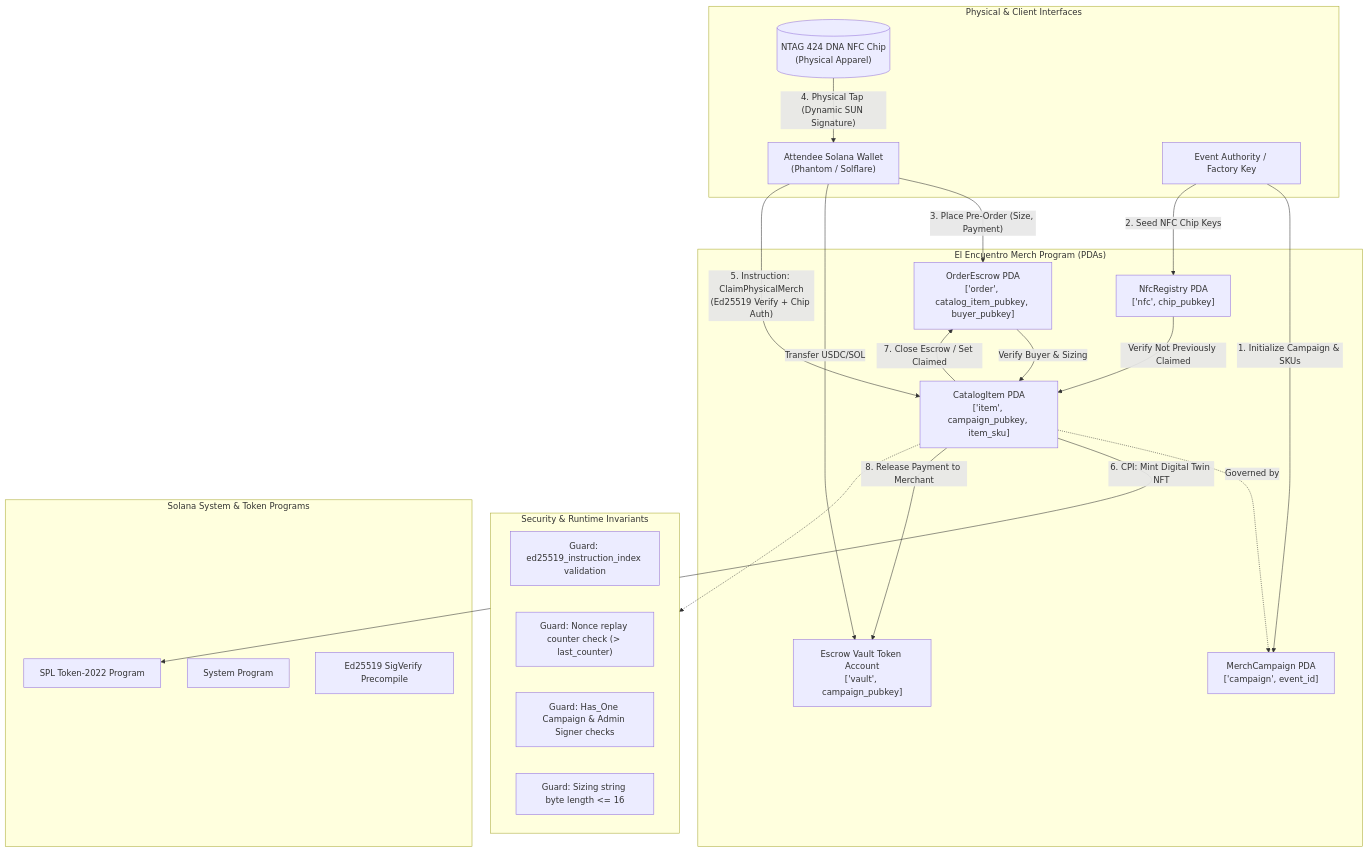
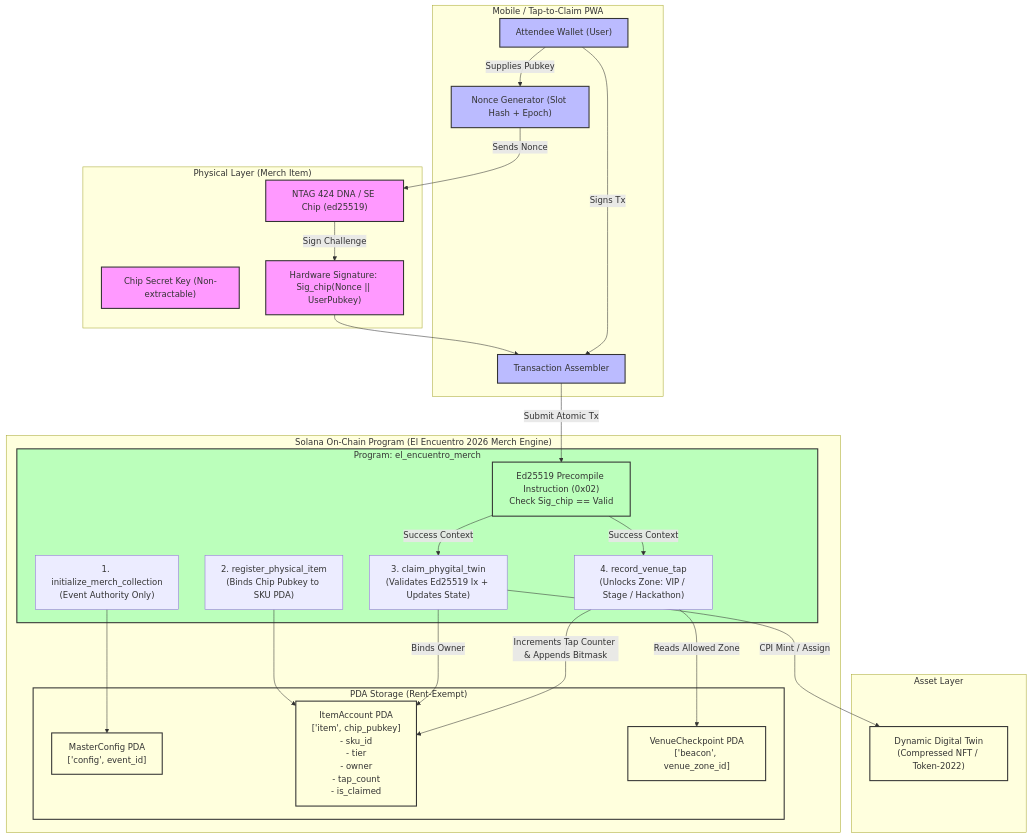
Before and after one commit to wiliancolomboo-tech/web3-dise-a-el-merch-oficial-de-el-encue-e6ec4c: the diagram in README.md, drawn with Mermaid. The commit also changed other lines of this file and 120 other files, not shown here.

````diff
--- a/README.md
+++ b/README.md
@@ -42,49 +34,58 @@
 ```mermaid
 flowchart TD
-    subgraph ClientAndHardware["Physical & Client Interfaces"]
-        NFC[("NTAG 424 DNA NFC Chip\n(Physical Apparel)")]
-        UserWallet["Attendee Solana Wallet\n(Phantom / Solflare)"]
-        AdminWallet["Event Authority / Factory Key"]
+    subgraph Physical_Hardware["Physical Layer (Merch Item)"]
+        NFC["NTAG 424 DNA / SE Chip (ed25519)"]
+        TagPrivKey["Chip Secret Key (Non-extractable)"]
+        NFC -->|Sign Challenge| SigProof["Hardware Signature: Sig_chip(Nonce || UserPubkey)"]
     end
 
-    subgraph ProgramAccounts["El Encuentro Merch Program (PDAs)"]
-        Campaign["MerchCampaign PDA\n['campaign', event_id]"]
-        CatalogItem["CatalogItem PDA\n['item', campaign_pubkey, item_sku]"]
-        OrderEscrow["OrderEscrow PDA\n['order', catalog_item_pubkey, buyer_pubkey]"]
-        NfcRegistry["NfcRegistry PDA\n['nfc', chip_pubkey]"]
-        Vault["Escrow Vault Token Account\n['vault', campaign_pubkey]"]
+    subgraph Client_Layer["Mobile / Tap-to-Claim PWA"]
+        AttendeeWallet["Attendee Wallet (User)"]
+        ChallengeGen["Nonce Generator (Slot Hash + Epoch)"]
+        AttendeeWallet -->|Supplies Pubkey| ChallengeGen
+        ChallengeGen -->|Sends Nonce| NFC
+        SigProof --> TxAssembler["Transaction Assembler"]
+        AttendeeWallet -->|Signs Tx| TxAssembler
     end
 
-    subgraph ExternalPrograms["Solana System & Token Programs"]
-        TokenProg["SPL Token-2022 Program"]
-        SysProg["System Program"]
-        Ed25519Prog["Ed25519 SigVerify Precompile"]
+    subgraph Solana_Runtime["Solana On-Chain Program (El Encuentro 2026 Merch Engine)"]
+        Ed25519Verify["Ed25519 Precompile Instruction (0x02)\nCheck Sig_chip == Valid"]
+        TxAssembler -->|Submit Atomic Tx| Ed25519Verify
+
+        subgraph Anchor_Program["Program: el_encuentro_merch"]
+            InitMaster["1. initialize_merch_collection\n(Event Authority Only)"]
+            RegisterItem["2. register_physical_item\n(Binds Chip Pubkey to SKU PDA)"]
+            ClaimDigitalTwin["3. claim_phygital_twin\n(Validates Ed25519 Ix + Updates State)"]
+            TapPerk["4. record_venue_tap\n(Unlocks Zone: VIP / Stage / Hackathon)"]
+
+            Ed25519Verify -->|Success Context| ClaimDigitalTwin
+            Ed25519Verify -->|Success Context| TapPerk
+        end
+
+        subgraph Account_State["PDA Storage (Rent-Exempt)"]
+            CollectionConfig["MasterConfig PDA\n['config', event_id]"]
+            ItemRegistry["ItemAccount PDA\n['item', chip_pubkey]\n- sku_id\n- tier\n- owner\n- tap_count\n- is_claimed"]
+            VenueBeacon["VenueCheckpoint PDA\n['beacon', venue_zone_id]"]
+        end
+
+        InitMaster --> CollectionConfig
+        RegisterItem --> ItemRegistry
+        ClaimDigitalTwin -->|Binds Owner| ItemRegistry
+        TapPerk -->|Increments Tap Counter & Appends Bitmask| ItemRegistry
+        TapPerk -->|Reads Allowed Zone| VenueBeacon
     end
 
-    %% Lifecycle Steps
-    AdminWallet -->|"1. Initialize Campaign & SKUs"| Campaign
-    AdminWallet -->|"2. Seed NFC Chip Keys"| NfcRegistry
-    CatalogItem -.->|"Governed by"| Campaign
-
-    UserWallet -->|"3. Place Pre-Order (Size, Payment)"| OrderEscrow
-    UserWallet -->|"Transfer USDC/SOL"| Vault
-
-    NFC -->|"4. Physical Tap (Dynamic SUN Signature)"| UserWallet
-    UserWallet -->|"5. Instruction: ClaimPhysicalMerch\n(Ed25519 Verify + Chip Auth)"| CatalogItem
-
-    OrderEscrow -->|"Verify Buyer & Sizing"| CatalogItem
-    NfcRegistry -->|"Verify Not Previously Claimed"| CatalogItem
-    CatalogItem -->|"6. CPI: Mint Digital Twin NFT"| TokenProg
-    CatalogItem -->|"7. Close Escrow / Set Claimed"| OrderEscrow
-    CatalogItem -->|"8. Release Payment to Merchant"| Vault
-
-    %% Security & Invariants
-    subgraph SecurityGuards["Security & Runtime Invariants"]
-        G1["Guard: ed25519_instruction_index validation"]
-        G2["Guard: Nonce replay counter check (> last_counter)"]
-        G3["Guard: Has_One Campaign & Admin Signer checks"]
-        G4["Guard: Sizing string byte length <= 16"]
+    subgraph External_State["Asset Layer"]
+        TokenTwin["Dynamic Digital Twin\n(Compressed NFT / Token-2022)"]
+        ClaimDigitalTwin -->|CPI Mint / Assign| TokenTwin
     end
 
-    CatalogItem -.-> SecurityGuards
+    classDef hardware fill:#f9f,stroke:#333,stroke-width:2px;
+    classDef client fill:#bbf,stroke:#333,stroke-width:2px;
+    classDef program fill:#bfb,stroke:#333,stroke-width:2px;
+    classDef storage fill:#ffd,stroke:#333,stroke-width:2px;
+    class NFC,TagPrivKey,SigProof hardware;
+    class AttendeeWallet,ChallengeGen,TxAssembler client;
+    class Anchor_Program,Ed25519Verify program;
+    class Account_State,CollectionConfig,ItemRegistry,VenueBeacon,TokenTwin storage;
 ```
````
